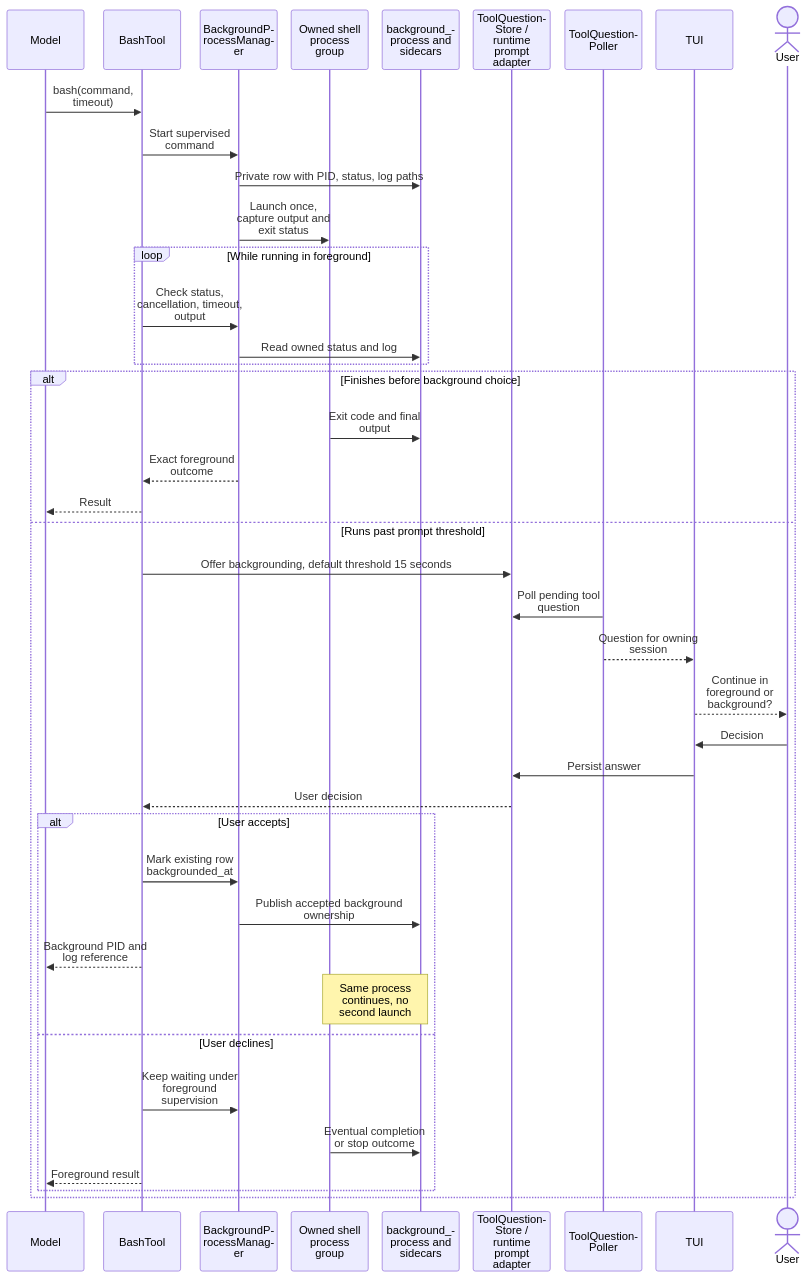
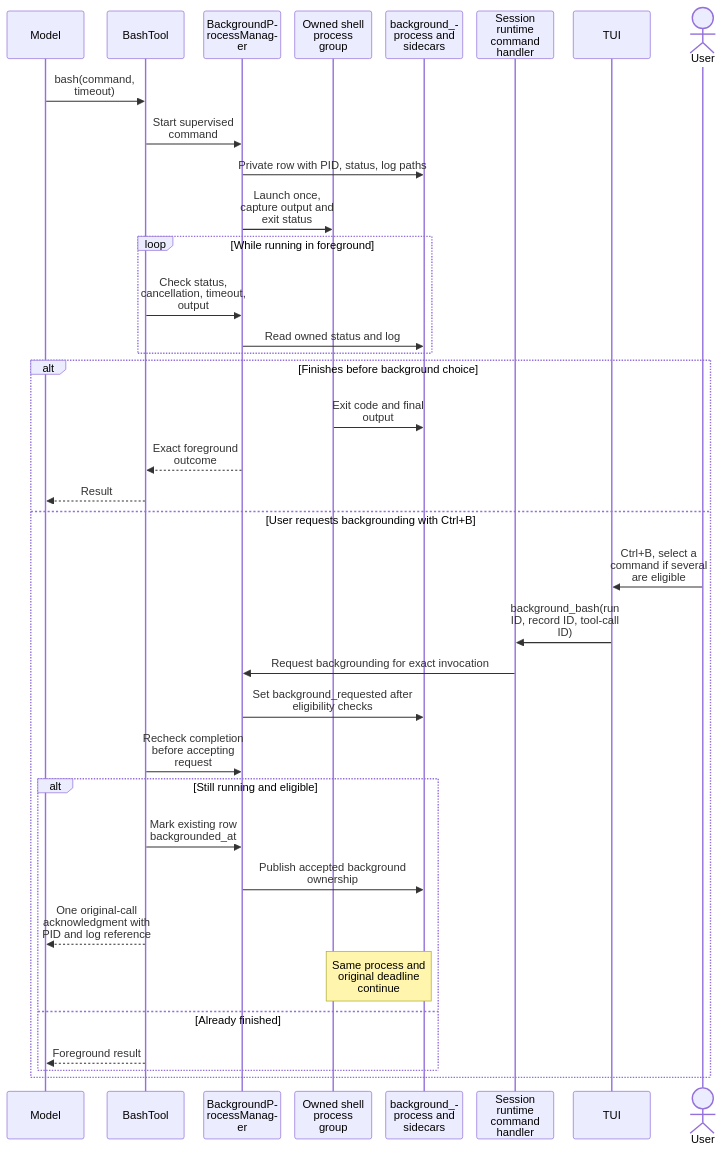
One commit to ineersa/agent-core changed the first of 4 diagrams in architecture/backgrounding.md. Above: the diagram before and after it, drawn with Mermaid. The commit also changed other lines of this file and 60 other files, not shown here.

Commit message:
Remove obsolete local tool-question delivery

````diff
--- a/architecture/backgrounding.md
+++ b/architecture/backgrounding.md
@@ -11,45 +11,40 @@
 ```mermaid
 %%{init: {"sequence": {"wrap": true, "width": 110, "actorMargin": 20, "diagramMarginX": 10, "messageMargin": 30}}}%%
 sequenceDiagram
     participant Model
     participant Bash as BashTool
     participant Manager as BackgroundProcessManager
     participant Process as Owned shell process group
     participant Records as background_process and sidecars
-    participant Questions as ToolQuestionStore / runtime prompt adapter
-    participant Controller as ToolQuestionPoller
+    participant Controller as Session runtime command handler
     participant TUI
     actor User
 
     Model->>Bash: bash(command, timeout)
     Bash->>Manager: Start supervised command
     Manager->>Records: Private row with PID, status, log paths
     Manager->>Process: Launch once, capture output and exit status
     loop While running in foreground
         Bash->>Manager: Check status, cancellation, timeout, output
         Manager->>Records: Read owned status and log
     end
     alt Finishes before background choice
         Process->>Records: Exit code and final output
         Manager-->>Bash: Exact foreground outcome
         Bash-->>Model: Result
-    else Runs past prompt threshold
-        Bash->>Questions: Offer backgrounding, default threshold 15 seconds
-        Controller->>Questions: Poll pending tool question
-        Controller-->>TUI: Question for owning session
-        TUI-->>User: Continue in foreground or background?
-        User->>TUI: Decision
-        TUI->>Questions: Persist answer
-        Questions-->>Bash: User decision
-        alt User accepts
+    else User requests backgrounding with Ctrl+B
+        User->>TUI: Ctrl+B, select a command if several are eligible
+        TUI->>Controller: background_bash(run ID, record ID, tool-call ID)
+        Controller->>Manager: Request backgrounding for exact invocation
+        Manager->>Records: Set background_requested after eligibility checks
+        Bash->>Manager: Recheck completion before accepting request
+        alt Still running and eligible
             Bash->>Manager: Mark existing row backgrounded_at
             Manager->>Records: Publish accepted background ownership
-            Bash-->>Model: Background PID and log reference
-            Note over Process,Records: Same process continues, no second launch
-        else User declines
-            Bash->>Manager: Keep waiting under foreground supervision
-            Process->>Records: Eventual completion or stop outcome
+            Bash-->>Model: One original-call acknowledgment with PID and log reference
+            Note over Process,Records: Same process and original deadline continue
+        else Already finished
             Bash-->>Model: Foreground result
         end
     end
 ```
````
